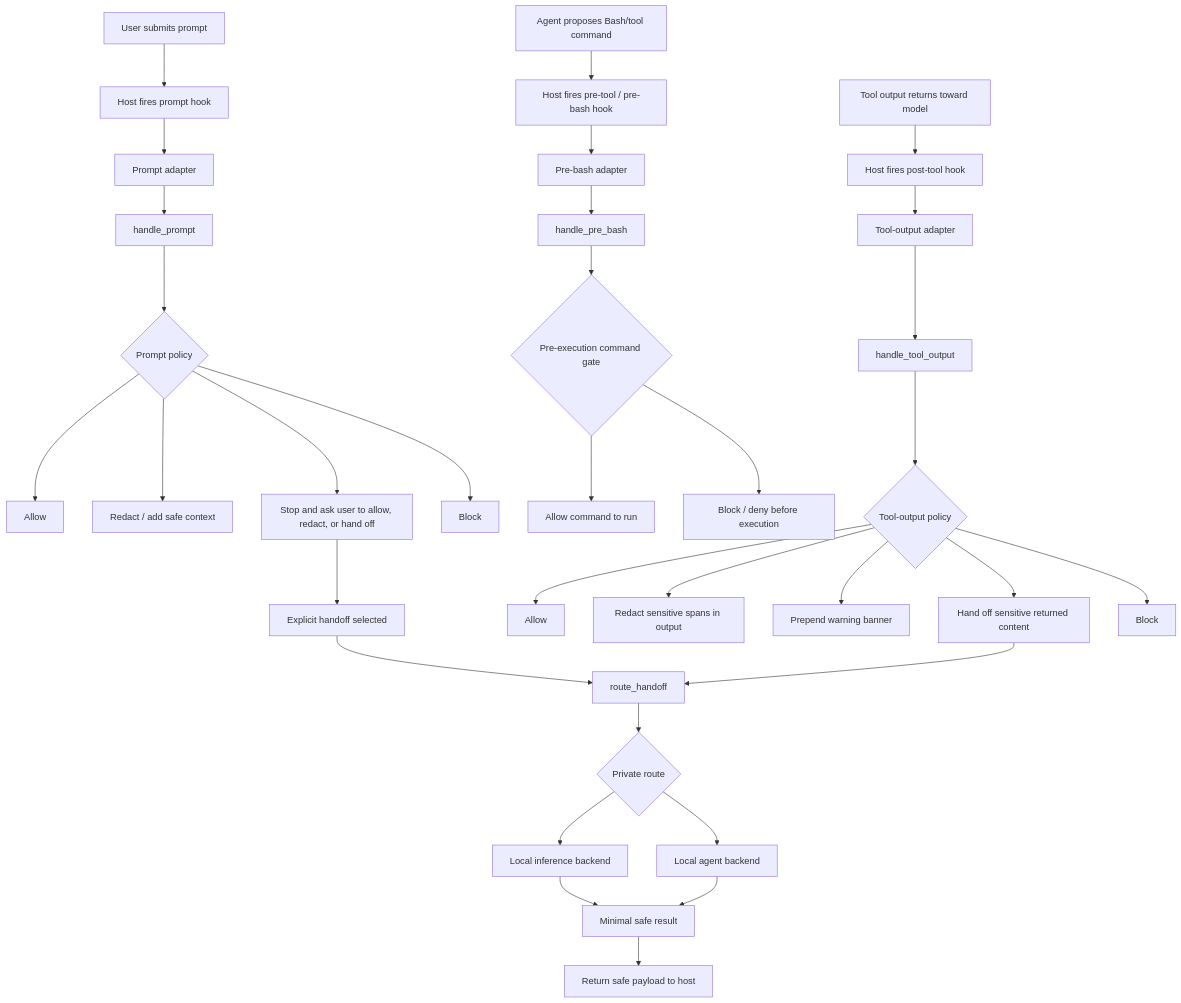
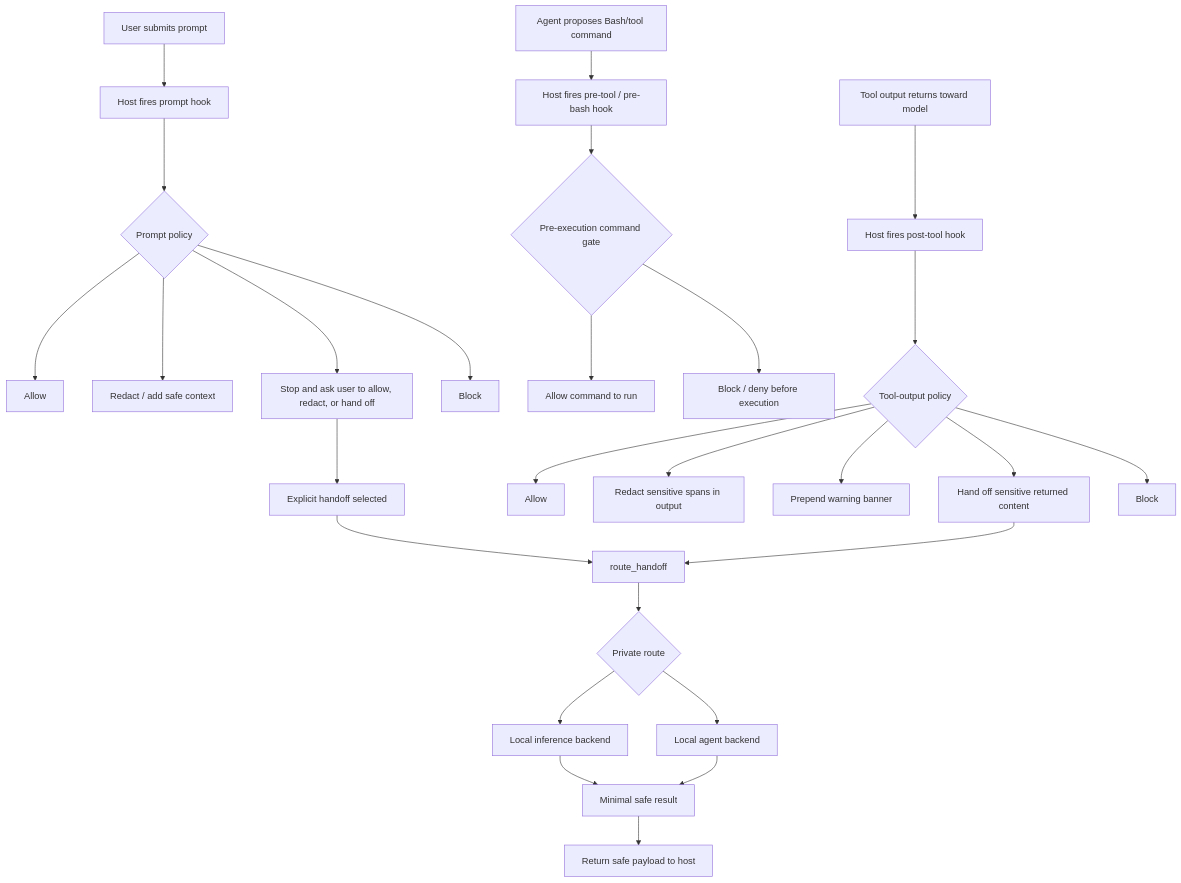
One commit to JackDDavis/justanothertech-blog changed the first of 2 diagrams in _posts/2026-06-16-agent-privacy-research-writeup.md. Above: the diagram before and after it, drawn with Mermaid.

Commit message:
Update: simplify diagram by removing adapter/handler intermediate nodes

```diff
--- a/_posts/2026-06-16-agent-privacy-research-writeup.md
+++ b/_posts/2026-06-16-agent-privacy-research-writeup.md
@@ -32,45 +32,37 @@
 <div class="mermaid">
 flowchart TD
     UserPrompt[User submits prompt] --> PromptEvent[Host fires prompt hook]
     AgentCommand[Agent proposes Bash/tool command] --> PreEvent[Host fires pre-tool / pre-bash hook]
     ToolOutput[Tool output returns toward model] --> PostEvent[Host fires post-tool hook]
 
-    PromptEvent --> PromptAdapter[Prompt adapter]
-    PreEvent --> PreAdapter[Pre-bash adapter]
-    PostEvent --> PostAdapter[Tool-output adapter]
-
-    PromptAdapter --> PromptRunner[handle_prompt]
-    PreAdapter --> PreRunner[handle_pre_bash]
-    PostAdapter --> ToolRunner[handle_tool_output]
-
-    PromptRunner --> PromptPolicy{Prompt policy}
-    ToolRunner --> OutputPolicy{Tool-output policy}
-    PreRunner --> BashGate{Pre-execution command gate}
+    PromptEvent --> PromptPolicy{Prompt policy}
+    PostEvent --> OutputPolicy{Tool-output policy}
+    PreEvent --> BashGate{Pre-execution command gate}
 
     PromptPolicy --> PromptAllow[Allow]
     PromptPolicy --> PromptRedact[Redact / add safe context]
     PromptPolicy --> PromptChoice[Stop and ask user to allow, redact, or hand off]
     PromptPolicy --> PromptBlock[Block]
 
     PromptChoice --> PromptHandoff[Explicit handoff selected]
     PromptHandoff --> Router[route_handoff]
 
     OutputPolicy --> OutputAllow[Allow]
     OutputPolicy --> OutputRedact[Redact sensitive spans in output]
     OutputPolicy --> OutputWarn[Prepend warning banner]
     OutputPolicy --> OutputHandoff[Hand off sensitive returned content]
     OutputPolicy --> OutputBlock[Block]
 
     OutputHandoff --> Router
 
     BashGate --> BashAllow[Allow command to run]
     BashGate --> BashBlock[Block / deny before execution]
 
     Router --> RouteDecision{Private route}
     RouteDecision --> Direct[Local inference backend]
     RouteDecision --> LocalAgent[Local agent backend]
 
     Direct --> SafeResult[Minimal safe result]
     LocalAgent --> SafeResult[Minimal safe result]
     SafeResult --> HostReturn[Return safe payload to host]
 </div>
```
